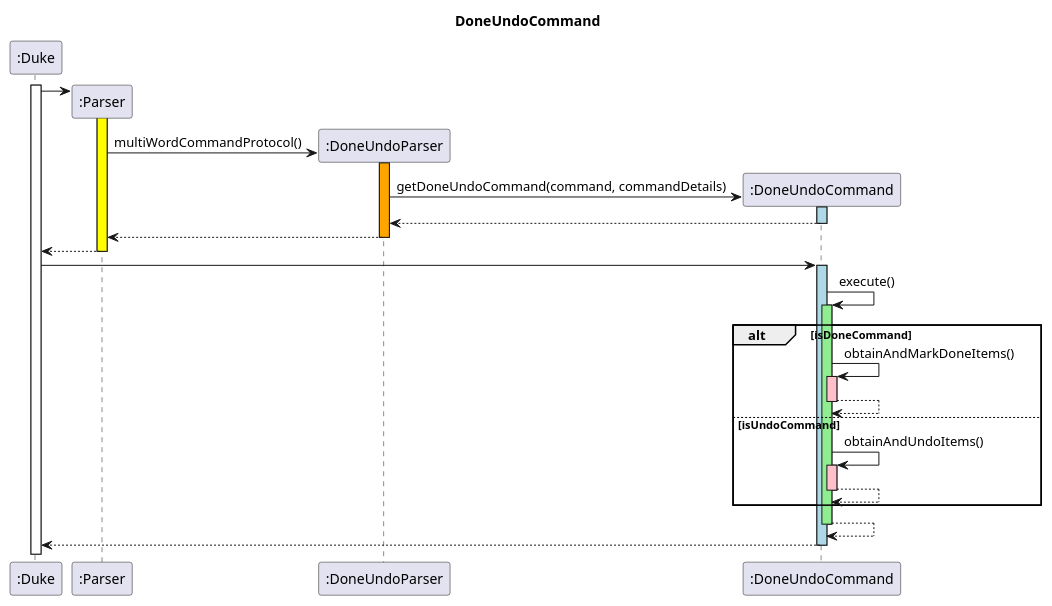
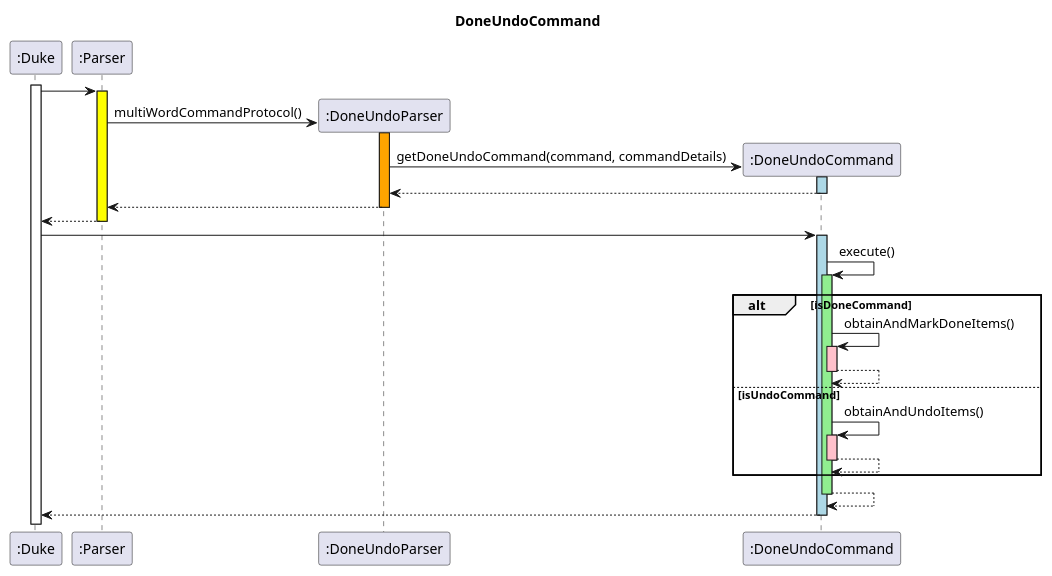
Before and after one commit to nus-cs2113-AY2122S1/tp: the diagram in docs/diagrams/DoneUndoDiagram.puml, drawn with PlantUML. The commit also changed 4 other files, not shown here.

```diff
--- a/docs/diagrams/DoneUndoDiagram.puml
+++ b/docs/diagrams/DoneUndoDiagram.puml
@@ -1,39 +1,39 @@
 @startuml
 
 title DoneUndoCommand
 
 participant ":Duke" as Duke
 activate Duke
 
-create ":Parser" as Parser
+participant ":Parser" as Parser
 
 Duke -> Parser
 activate Parser #yellow
 create ":DoneUndoParser" as DoneUndoParser
 Parser -> DoneUndoParser: multiWordCommandProtocol()
 activate DoneUndoParser #orange
 create ":DoneUndoCommand" as DoneUndoCommand
 DoneUndoParser -> DoneUndoCommand: getDoneUndoCommand(command, commandDetails)
 activate DoneUndoCommand #lightblue
 return
 return
 return
 Duke -> DoneUndoCommand
 activate DoneUndoCommand #lightblue
 DoneUndoCommand -> DoneUndoCommand: execute()
 activate DoneUndoCommand #lightgreen
 
 alt isDoneCommand
 DoneUndoCommand -> DoneUndoCommand: obtainAndMarkDoneItems()
 activate DoneUndoCommand #pink
 return
 else isUndoCommand
 DoneUndoCommand -> DoneUndoCommand: obtainAndUndoItems()
 activate DoneUndoCommand #pink
 return
 end
 
 return
 return
 
 @enduml
```
